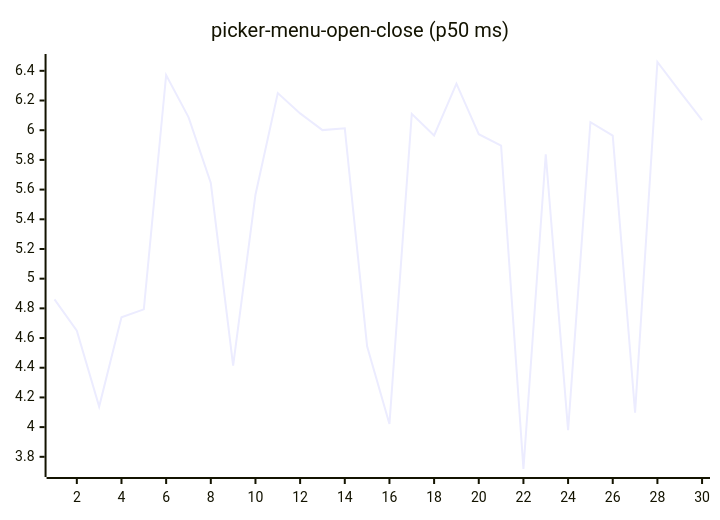
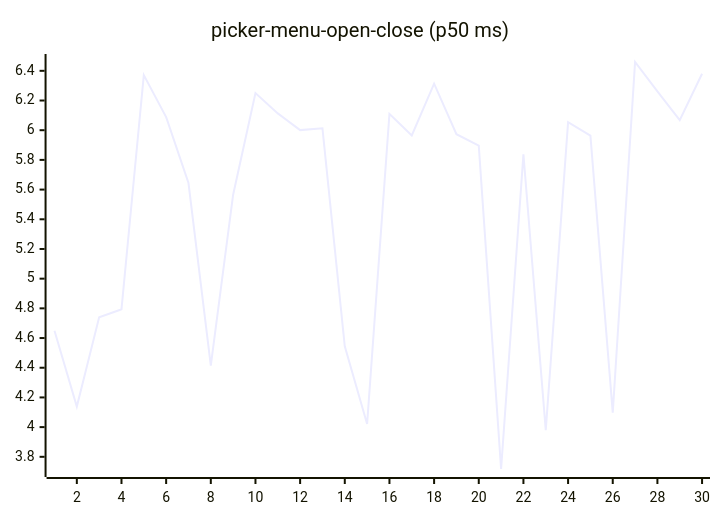
Before and after one commit to josha/Facet: diagram 16 of 27 in README.md, drawn with Mermaid. The commit also changed other lines of this file and 2 other files, not shown here.

````diff
--- a/README.md
+++ b/README.md
@@ -168,6 +168,6 @@
 ```mermaid
 xychart-beta
     title "picker-menu-open-close (p50 ms)"
     x-axis 1 --> 30
-    line [4.8605, 4.6493, 4.1383, 4.7397, 4.7934, 6.3713, 6.0885, 5.6440, 4.4145, 5.5656, 6.2500, 6.1133, 6.0006, 6.0128, 4.5439, 4.0216, 6.1100, 5.9646, 6.3137, 5.9733, 5.8960, 3.7179, 5.8378, 3.9788, 6.0543, 5.9629, 4.0972, 6.4594, 6.2618, 6.0678]
+    line [4.6493, 4.1383, 4.7397, 4.7934, 6.3713, 6.0885, 5.6440, 4.4145, 5.5656, 6.2500, 6.1133, 6.0006, 6.0128, 4.5439, 4.0216, 6.1100, 5.9646, 6.3137, 5.9733, 5.8960, 3.7179, 5.8378, 3.9788, 6.0543, 5.9629, 4.0972, 6.4594, 6.2618, 6.0678, 6.3801]
 ```
````
